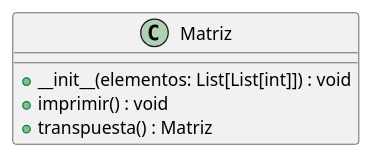
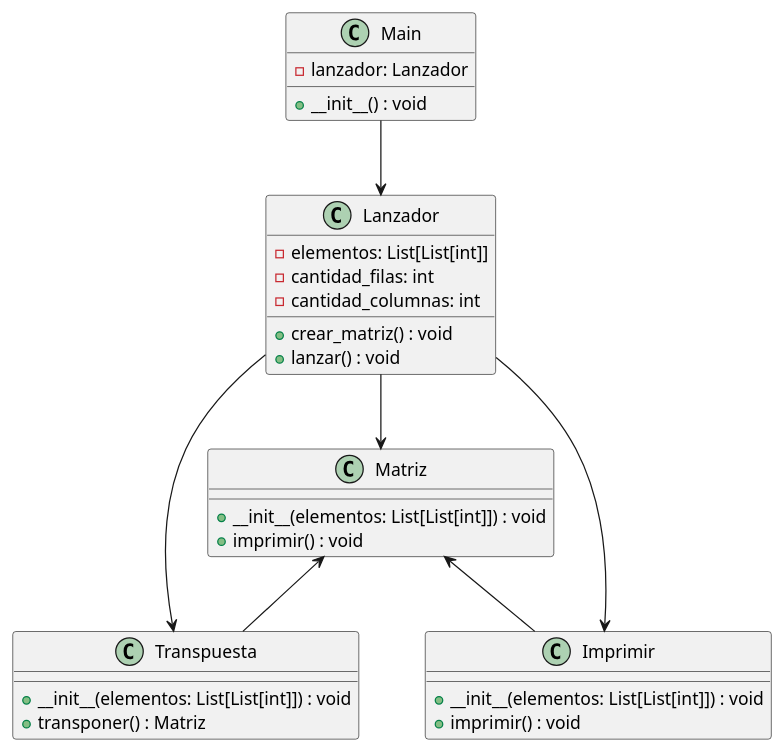
The diagram in plantsUML/Ejercicio1.puml (pelahumi/Principios_generales_SOLID), drawn with PlantUML before and after one commit.

Commit message:
plant uml

```diff
--- a/plantsUML/Ejercicio1.puml
+++ b/plantsUML/Ejercicio1.puml
@@ -1,9 +1,38 @@
-@startuml 
+@startuml ejercicio1
 
 class Matriz {
   +__init__(elementos: List[List[int]]) : void
   +imprimir() : void
-  +transpuesta() : Matriz
 }
 
+class Transpuesta {
+  +__init__(elementos: List[List[int]]) : void
+  +transponer() : Matriz
+}
+
+class Imprimir {
+  +__init__(elementos: List[List[int]]) : void
+  +imprimir() : void
+}
+
+class Lanzador {
+  -elementos: List[List[int]]
+  -cantidad_filas: int
+  -cantidad_columnas: int
+  +crear_matriz() : void
+  +lanzar() : void
+}
+
+class Main {
+  -lanzador: Lanzador
+  +__init__() : void
+}
+
+Matriz <-- Transpuesta
+Matriz <-- Imprimir
+Lanzador --> Matriz
+Lanzador --> Transpuesta
+Lanzador --> Imprimir
+Main --> Lanzador
+
 @enduml
```
